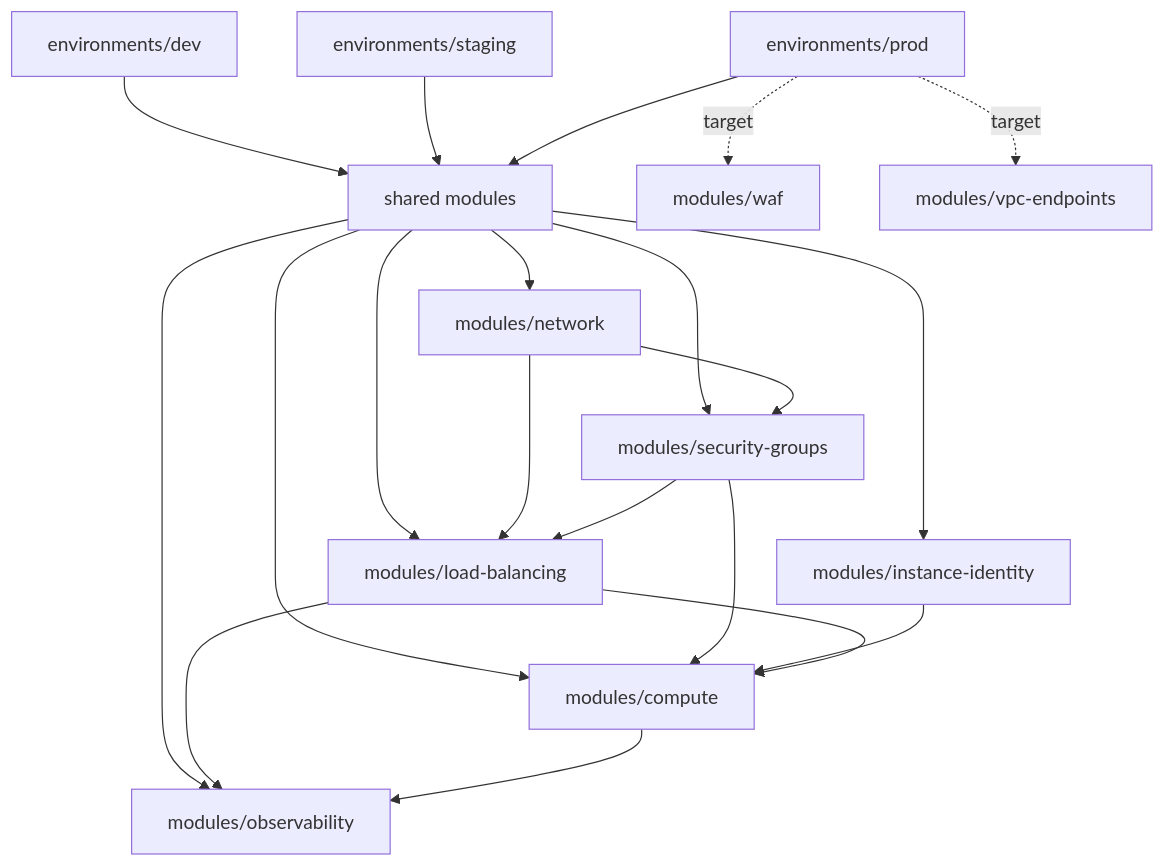
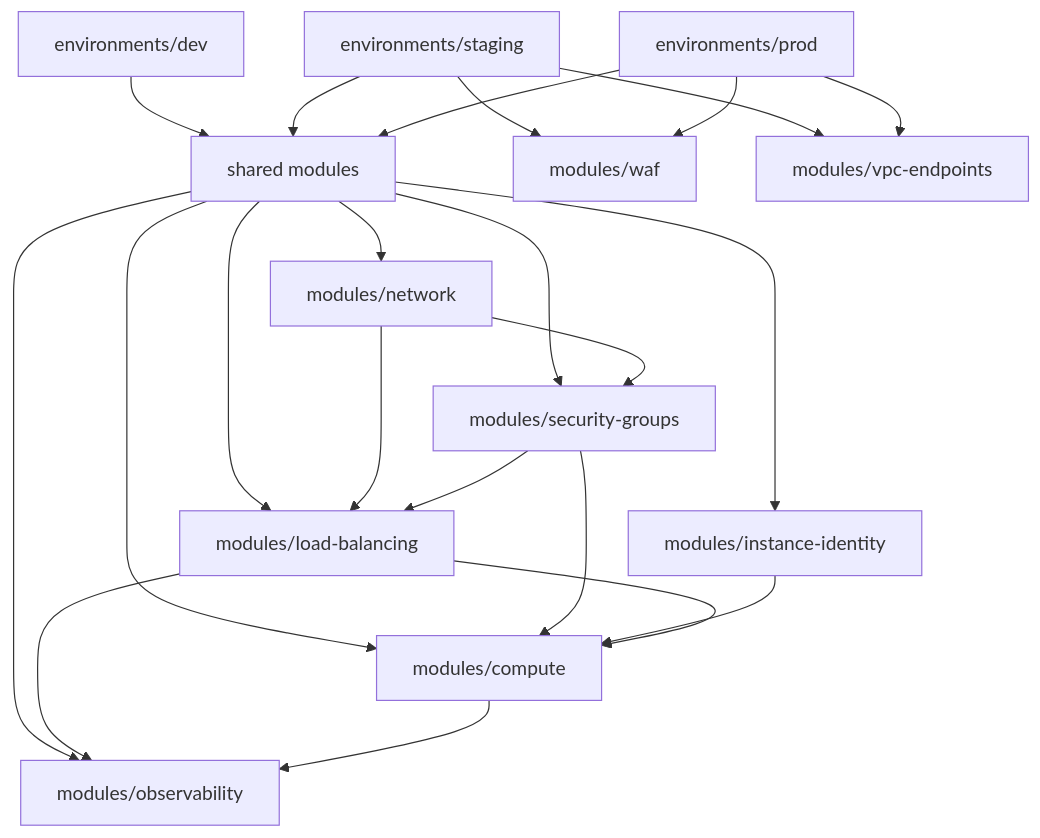
One commit to sjlevalley/terraform-aws-secure-two-tier-vpc changed the third of 3 diagrams in README.md. Above: the diagram before and after it, drawn with Mermaid. The commit also changed other lines of this file, not shown here.

Commit message:
Update README.md: enhance descriptions of environment configurations and clarify production architecture details

````diff
--- a/README.md
+++ b/README.md
@@ -159,25 +161,27 @@
 ```mermaid
 flowchart TD
   dev[environments/dev] --> modules[shared modules]
   staging[environments/staging] --> modules
   prod[environments/prod] --> modules
 
   modules --> network[modules/network]
   modules --> security[modules/security-groups]
   modules --> lb[modules/load-balancing]
   modules --> identity[modules/instance-identity]
   modules --> observability[modules/observability]
   modules --> compute[modules/compute]
 
-  prod -. target .-> waf[modules/waf]
-  prod -. target .-> endpoints[modules/vpc-endpoints]
+  staging --> waf[modules/waf]
+  prod --> waf
+  staging --> endpoints[modules/vpc-endpoints]
+  prod --> endpoints
 
   network --> security
   network --> lb
   security --> lb
   security --> compute
   identity --> compute
   lb --> compute
   lb --> observability
   compute --> observability
 ```
````
